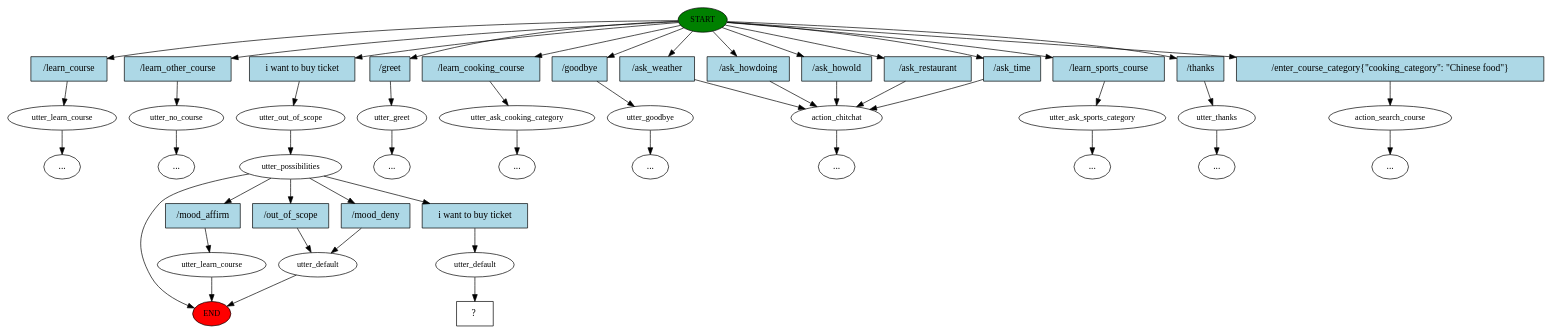
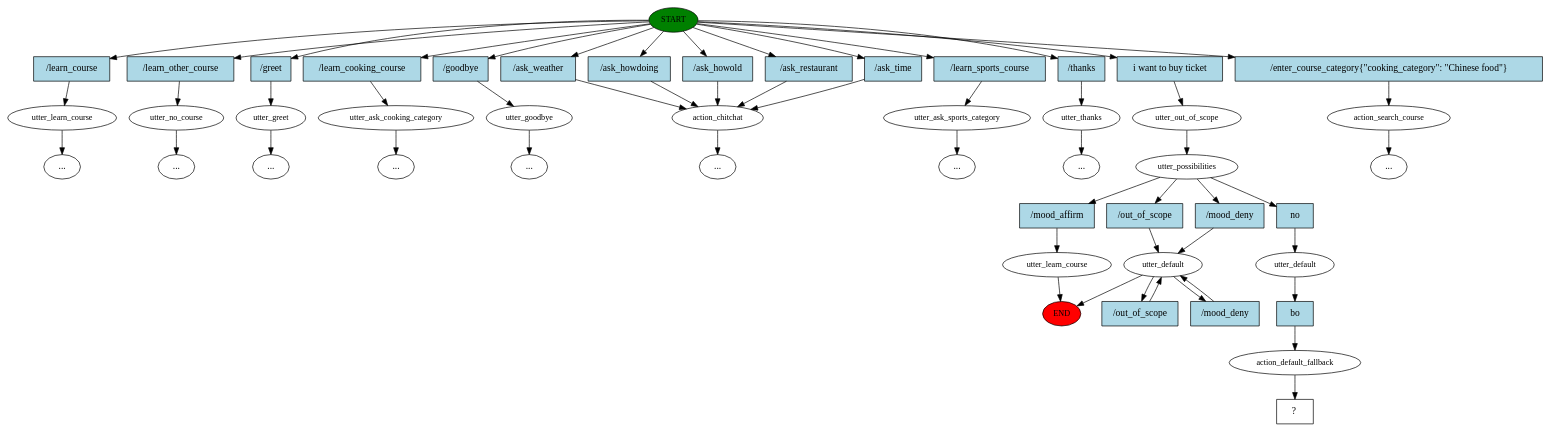
The diagram in story_graph.dot (vivihuang/aj-rasa), drawn with Graphviz before and after one commit.

Commit message:
Update story graph.

```diff
--- a/story_graph.dot
+++ b/story_graph.dot
@@ -1,96 +1,105 @@
 digraph  {
 0 [class="start active", fillcolor=green, fontsize=12, label=START, style=filled];
 "-1" [class=end, fillcolor=red, fontsize=12, label=END, style=filled];
 1 [class="", fontsize=12, label=utter_learn_course];
 2 [class="", fontsize=12, label=utter_no_course];
 "-7" [class=ellipsis, label="..."];
-7 [class=active, fontsize=12, label=utter_out_of_scope];
-8 [class=active, fontsize=12, label=utter_possibilities];
-9 [class="", fontsize=12, label=utter_learn_course];
-10 [class="", fontsize=12, label=utter_greet];
-11 [class="", fontsize=12, label=utter_ask_cooking_category];
-"-10" [class=ellipsis, label="..."];
-15 [class="", fontsize=12, label=utter_goodbye];
+7 [class="", fontsize=12, label=utter_greet];
+9 [class="", fontsize=12, label=utter_ask_cooking_category];
+"-11" [class=ellipsis, label="..."];
+12 [class="", fontsize=12, label=utter_goodbye];
 "-14" [class=ellipsis, label="..."];
-17 [class="", fontsize=12, label=action_chitchat];
-"-20" [class=ellipsis, label="..."];
-22 [class="", fontsize=12, label=utter_ask_sports_category];
+13 [class="", fontsize=12, label=action_chitchat];
+"-19" [class=ellipsis, label="..."];
+19 [class="", fontsize=12, label=utter_ask_sports_category];
 "-21" [class=ellipsis, label="..."];
 "-46" [class=ellipsis, label="..."];
-48 [class="", fontsize=12, label=utter_thanks];
+45 [class="", fontsize=12, label=utter_thanks];
 "-47" [class=ellipsis, label="..."];
-53 [class="", fontsize=12, label=utter_default];
+46 [class=active, fontsize=12, label=utter_out_of_scope];
+47 [class=active, fontsize=12, label=utter_possibilities];
+48 [class="", fontsize=12, label=utter_learn_course];
+51 [class="", fontsize=12, label=utter_default];
 "-48" [class=ellipsis, label="..."];
-58 [class="", fontsize=12, label=action_search_course];
+72 [class="", fontsize=12, label=action_search_course];
 "-49" [class=ellipsis, label="..."];
-61 [class=active, fontsize=12, label=utter_default];
-62 [class="intent dashed active", label="  ?  ", shape=rect];
-63 [class=intent, fillcolor=lightblue, label="/learn_course", shape=rect, style=filled];
-64 [class=intent, fillcolor=lightblue, label="/learn_other_course", shape=rect, style=filled];
-65 [class="intent active", fillcolor=lightblue, label="i want to buy ticket", shape=rect, style=filled];
-66 [class=intent, fillcolor=lightblue, label="/greet", shape=rect, style=filled];
-67 [class=intent, fillcolor=lightblue, label="/learn_cooking_course", shape=rect, style=filled];
-68 [class=intent, fillcolor=lightblue, label="/goodbye", shape=rect, style=filled];
-69 [class=intent, fillcolor=lightblue, label="/ask_weather", shape=rect, style=filled];
-70 [class=intent, fillcolor=lightblue, label="/ask_howdoing", shape=rect, style=filled];
-71 [class=intent, fillcolor=lightblue, label="/ask_howold", shape=rect, style=filled];
-72 [class=intent, fillcolor=lightblue, label="/ask_restaurant", shape=rect, style=filled];
-73 [class=intent, fillcolor=lightblue, label="/ask_time", shape=rect, style=filled];
-74 [class=intent, fillcolor=lightblue, label="/learn_sports_course", shape=rect, style=filled];
-75 [class=intent, fillcolor=lightblue, label="/thanks", shape=rect, style=filled];
-76 [class=intent, fillcolor=lightblue, label="/enter_course_category{\"cooking_category\": \"Chinese food\"}", shape=rect, style=filled];
-77 [class=intent, fillcolor=lightblue, label="/mood_affirm", shape=rect, style=filled];
-78 [class=intent, fillcolor=lightblue, label="/out_of_scope", shape=rect, style=filled];
-79 [class=intent, fillcolor=lightblue, label="/mood_deny", shape=rect, style=filled];
-80 [class="intent active", fillcolor=lightblue, label="i want to buy ticket", shape=rect, style=filled];
-0 -> 63  [class="", key=0];
-0 -> 64  [class="", key=0];
-0 -> 65  [class=active, key=0];
-0 -> 66  [class="", key=0];
-0 -> 67  [class="", key=0];
-0 -> 68  [class="", key=0];
-0 -> 69  [class="", key=0];
-0 -> 70  [class="", key=0];
-0 -> 71  [class="", key=0];
-0 -> 72  [class="", key=0];
-0 -> 73  [class="", key=0];
-0 -> 74  [class="", key=0];
-0 -> 75  [class="", key=0];
-0 -> 76  [class="", key=0];
+75 [class=active, fontsize=12, label=utter_default];
+76 [class=active, fontsize=12, label=action_default_fallback];
+77 [class="intent dashed active", label="  ?  ", shape=rect];
+78 [class=intent, fillcolor=lightblue, label="/learn_course", shape=rect, style=filled];
+79 [class=intent, fillcolor=lightblue, label="/learn_other_course", shape=rect, style=filled];
+80 [class=intent, fillcolor=lightblue, label="/greet", shape=rect, style=filled];
+81 [class=intent, fillcolor=lightblue, label="/learn_cooking_course", shape=rect, style=filled];
+82 [class=intent, fillcolor=lightblue, label="/goodbye", shape=rect, style=filled];
+83 [class=intent, fillcolor=lightblue, label="/ask_weather", shape=rect, style=filled];
+84 [class=intent, fillcolor=lightblue, label="/ask_howdoing", shape=rect, style=filled];
+85 [class=intent, fillcolor=lightblue, label="/ask_howold", shape=rect, style=filled];
+86 [class=intent, fillcolor=lightblue, label="/ask_restaurant", shape=rect, style=filled];
+87 [class=intent, fillcolor=lightblue, label="/ask_time", shape=rect, style=filled];
+88 [class=intent, fillcolor=lightblue, label="/learn_sports_course", shape=rect, style=filled];
+89 [class=intent, fillcolor=lightblue, label="/thanks", shape=rect, style=filled];
+90 [class="intent active", fillcolor=lightblue, label="i want to buy ticket", shape=rect, style=filled];
+91 [class=intent, fillcolor=lightblue, label="/enter_course_category{\"cooking_category\": \"Chinese food\"}", shape=rect, style=filled];
+92 [class=intent, fillcolor=lightblue, label="/mood_affirm", shape=rect, style=filled];
+93 [class=intent, fillcolor=lightblue, label="/out_of_scope", shape=rect, style=filled];
+94 [class=intent, fillcolor=lightblue, label="/mood_deny", shape=rect, style=filled];
+95 [class="intent active", fillcolor=lightblue, label=no, shape=rect, style=filled];
+96 [class=intent, fillcolor=lightblue, label="/out_of_scope", shape=rect, style=filled];
+97 [class=intent, fillcolor=lightblue, label="/mood_deny", shape=rect, style=filled];
+98 [class="intent active", fillcolor=lightblue, label=bo, shape=rect, style=filled];
+0 -> 78  [class="", key=0];
+0 -> 79  [class="", key=0];
+0 -> 80  [class="", key=0];
+0 -> 81  [class="", key=0];
+0 -> 82  [class="", key=0];
+0 -> 83  [class="", key=0];
+0 -> 84  [class="", key=0];
+0 -> 85  [class="", key=0];
+0 -> 86  [class="", key=0];
+0 -> 87  [class="", key=0];
+0 -> 88  [class="", key=0];
+0 -> 89  [class="", key=0];
+0 -> 90  [class=active, key=0];
+0 -> 91  [class="", key=0];
 1 -> "-48"  [class="", key=NONE, label=""];
 2 -> "-7"  [class="", key=NONE, label=""];
-7 -> 8  [class=active, key=NONE, label=""];
-8 -> "-1"  [class="", key=NONE, label=""];
-8 -> 77  [class="", key=0];
-8 -> 78  [class="", key=0];
-8 -> 79  [class="", key=0];
-8 -> 80  [class=active, key=0];
-9 -> "-1"  [class="", key=NONE, label=""];
-10 -> "-46"  [class="", key=NONE, label=""];
-11 -> "-10"  [class="", key=NONE, label=""];
-15 -> "-14"  [class="", key=NONE, label=""];
-17 -> "-20"  [class="", key=NONE, label=""];
-22 -> "-21"  [class="", key=NONE, label=""];
-48 -> "-47"  [class="", key=NONE, label=""];
-53 -> "-1"  [class="", key=NONE, label=""];
-58 -> "-49"  [class="", key=NONE, label=""];
-61 -> 62  [class=active, key=NONE, label=""];
-63 -> 1  [class="", key=0];
-64 -> 2  [class="", key=0];
-65 -> 7  [class=active, key=0];
-66 -> 10  [class="", key=0];
-67 -> 11  [class="", key=0];
-68 -> 15  [class="", key=0];
-69 -> 17  [class="", key=0];
-70 -> 17  [class="", key=0];
-71 -> 17  [class="", key=0];
-72 -> 17  [class="", key=0];
-73 -> 17  [class="", key=0];
-74 -> 22  [class="", key=0];
-75 -> 48  [class="", key=0];
-76 -> 58  [class="", key=0];
-77 -> 9  [class="", key=0];
-78 -> 53  [class="", key=0];
-79 -> 53  [class="", key=0];
-80 -> 61  [class=active, key=0];
+7 -> "-46"  [class="", key=NONE, label=""];
+9 -> "-11"  [class="", key=NONE, label=""];
+12 -> "-14"  [class="", key=NONE, label=""];
+13 -> "-19"  [class="", key=NONE, label=""];
+19 -> "-21"  [class="", key=NONE, label=""];
+45 -> "-47"  [class="", key=NONE, label=""];
+46 -> 47  [class=active, key=NONE, label=""];
+47 -> 92  [class="", key=0];
+47 -> 93  [class="", key=0];
+47 -> 94  [class="", key=0];
+47 -> 95  [class=active, key=0];
+48 -> "-1"  [class="", key=NONE, label=""];
+51 -> "-1"  [class="", key=NONE, label=""];
+51 -> 96  [class="", key=0];
+51 -> 97  [class="", key=0];
+72 -> "-49"  [class="", key=NONE, label=""];
+75 -> 98  [class=active, key=0];
+76 -> 77  [class=active, key=NONE, label=""];
+78 -> 1  [class="", key=0];
+79 -> 2  [class="", key=0];
+80 -> 7  [class="", key=0];
+81 -> 9  [class="", key=0];
+82 -> 12  [class="", key=0];
+83 -> 13  [class="", key=0];
+84 -> 13  [class="", key=0];
+85 -> 13  [class="", key=0];
+86 -> 13  [class="", key=0];
+87 -> 13  [class="", key=0];
+88 -> 19  [class="", key=0];
+89 -> 45  [class="", key=0];
+90 -> 46  [class=active, key=0];
+91 -> 72  [class="", key=0];
+92 -> 48  [class="", key=0];
+93 -> 51  [class="", key=0];
+94 -> 51  [class="", key=0];
+95 -> 75  [class=active, key=0];
+96 -> 51  [class="", key=0];
+97 -> 51  [class="", key=0];
+98 -> 76  [class=active, key=0];
 }
```
